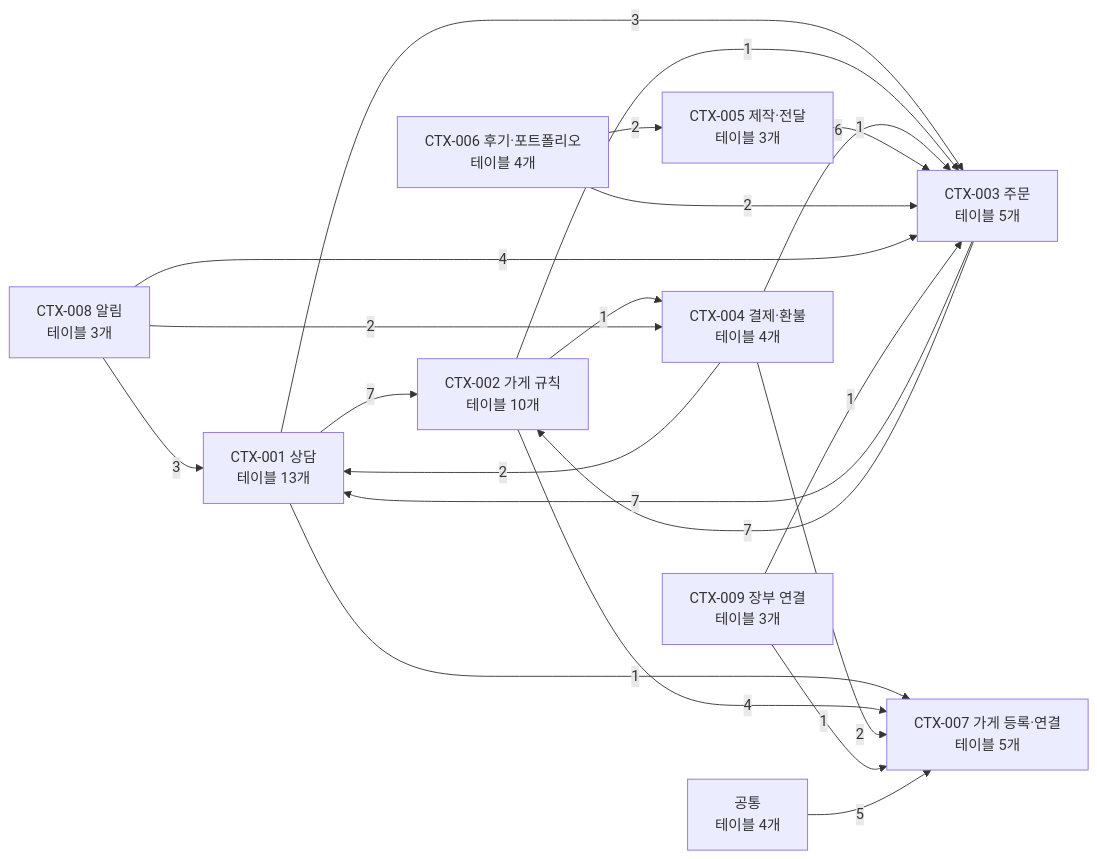
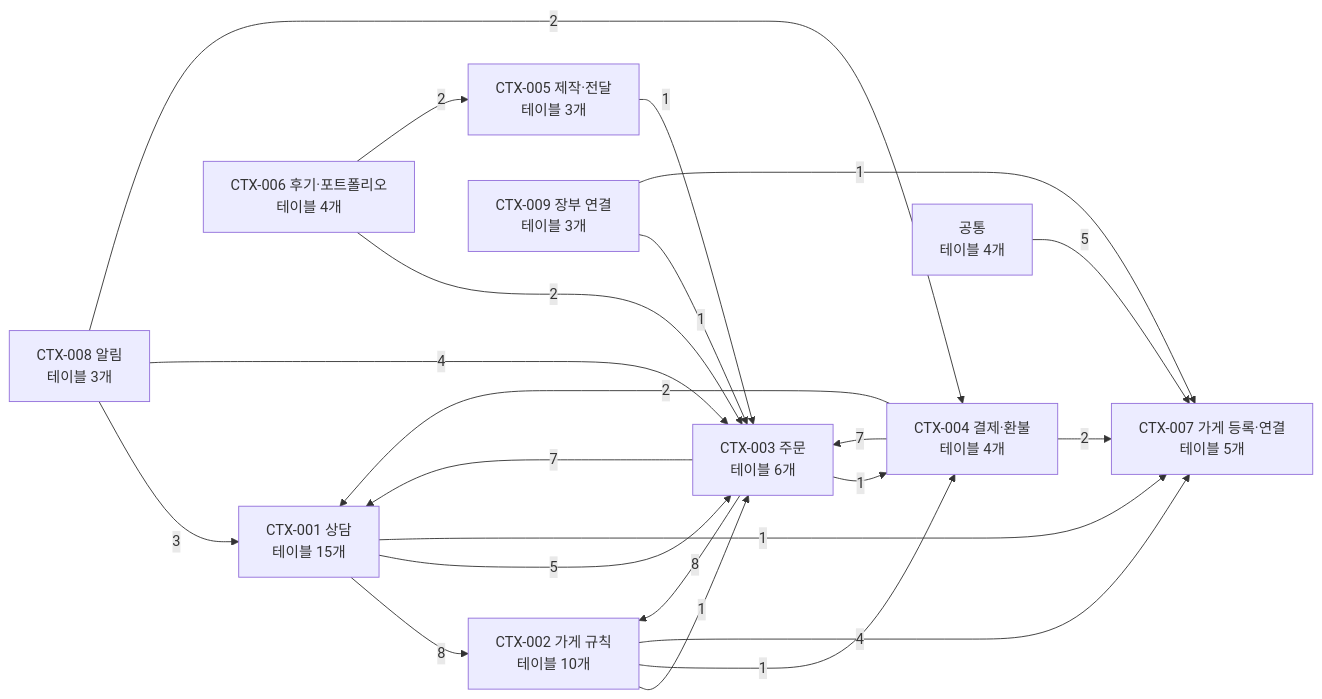
Before and after one commit to kodonghui/siljang.ai: the first of 11 diagrams in docs/05-erd/README.md, drawn with Mermaid. The commit also changed other lines of this file and 21 other files, not shown here.

````diff
--- a/docs/05-erd/README.md
+++ b/docs/05-erd/README.md
@@ -132,33 +136,34 @@
 ```mermaid
 flowchart LR
-  C0["CTX-001 상담<br/>테이블 13개"]
+  C0["CTX-001 상담<br/>테이블 15개"]
   C1["CTX-002 가게 규칙<br/>테이블 10개"]
-  C2["CTX-003 주문<br/>테이블 5개"]
+  C2["CTX-003 주문<br/>테이블 6개"]
   C3["CTX-004 결제·환불<br/>테이블 4개"]
   C4["CTX-005 제작·전달<br/>테이블 3개"]
   C5["CTX-006 후기·포트폴리오<br/>테이블 4개"]
   C6["CTX-007 가게 등록·연결<br/>테이블 5개"]
   C7["CTX-008 알림<br/>테이블 3개"]
   C8["CTX-009 장부 연결<br/>테이블 3개"]
   C9["공통<br/>테이블 4개"]
-  C0 -->|7| C1
-  C0 -->|3| C2
+  C0 -->|8| C1
+  C0 -->|5| C2
   C0 -->|1| C6
   C1 -->|1| C2
   C1 -->|1| C3
   C1 -->|4| C6
   C2 -->|7| C0
-  C2 -->|7| C1
+  C2 -->|8| C1
+  C2 -->|1| C3
   C3 -->|2| C0
-  C3 -->|6| C2
+  C3 -->|7| C2
   C3 -->|2| C6
   C4 -->|1| C2
   C5 -->|2| C2
   C5 -->|2| C4
   C7 -->|3| C0
   C7 -->|4| C2
   C7 -->|2| C3
   C8 -->|1| C2
   C8 -->|1| C6
   C9 -->|5| C6
 ```
````
